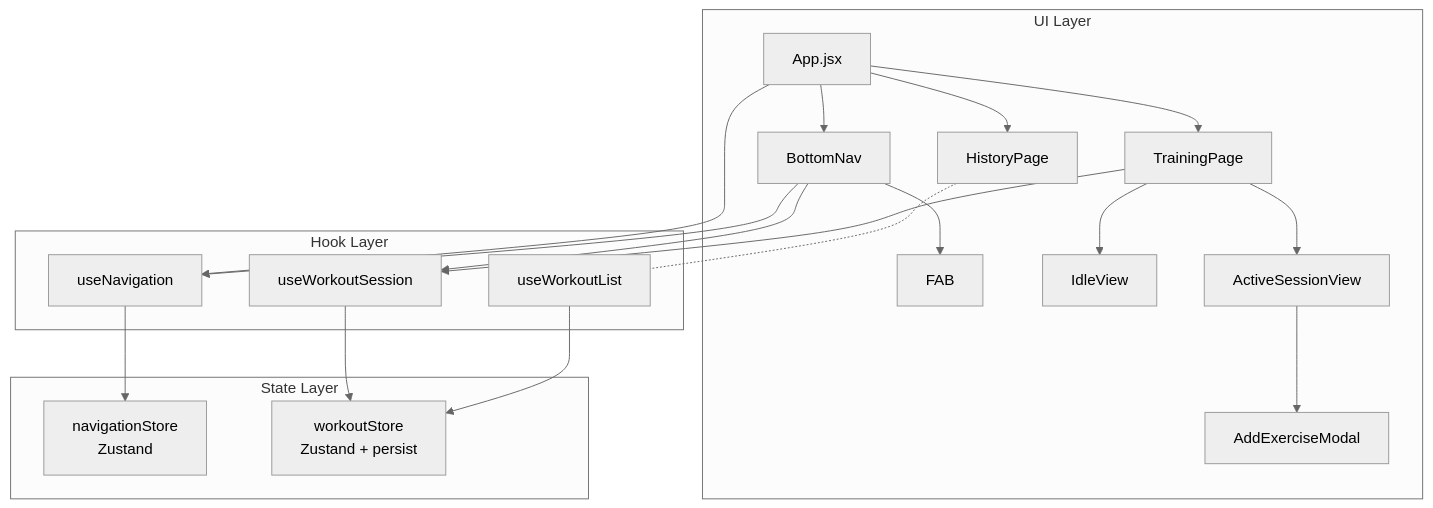
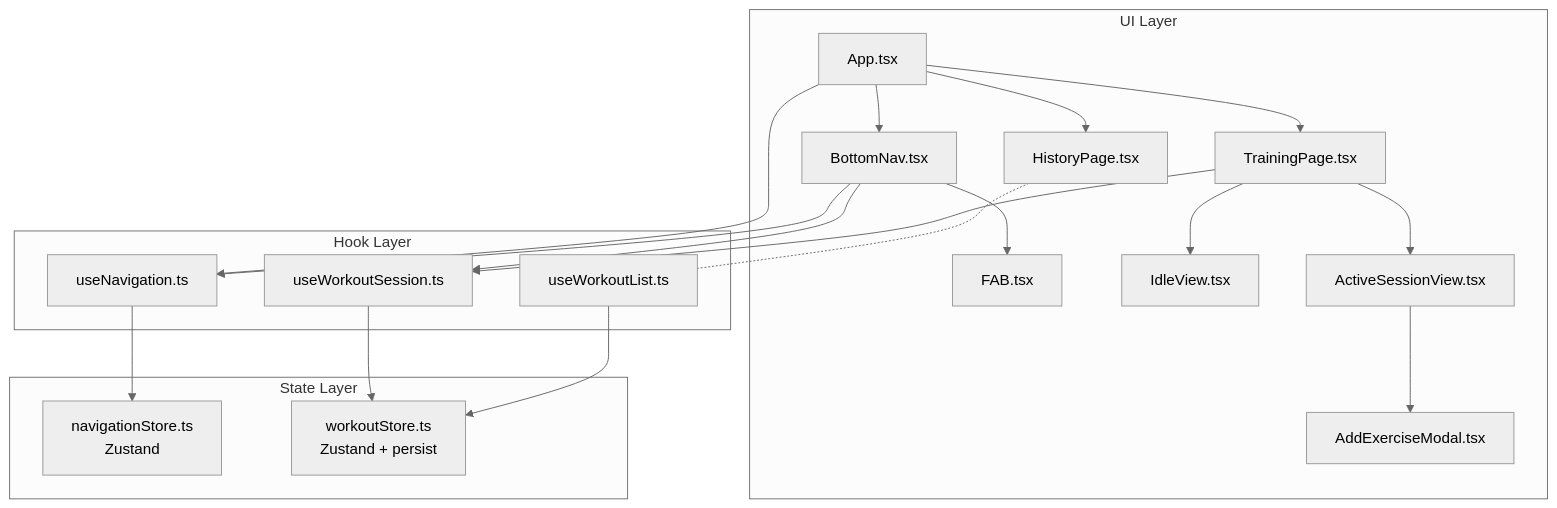
The diagram in .sdd/specification/navigation_design.md (SakumaTakuya/gymini), drawn with Mermaid (neutral theme) before and after one commit. The commit also changed other lines of this file and 1 other file, not shown here.

First line of the commit message:
Update navigation spec/design docs for TypeScript migration and CONSTITUTION compliance

````diff
--- a/.sdd/specification/navigation_design.md
+++ b/.sdd/specification/navigation_design.md
@@ -66,44 +68,44 @@
 ```mermaid
 graph TD
     subgraph "UI Layer"
-        App[App.jsx]
-        TP[TrainingPage]
-        HP[HistoryPage]
-        BN[BottomNav]
-        FAB_C[FAB]
-        IV[IdleView]
-        ASV[ActiveSessionView]
-        AEM[AddExerciseModal]
+        App[App.tsx]
+        TP[TrainingPage.tsx]
+        HP[HistoryPage.tsx]
+        BN[BottomNav.tsx]
+        FAB_C[FAB.tsx]
+        IV[IdleView.tsx]
+        ASV[ActiveSessionView.tsx]
+        AEM[AddExerciseModal.tsx]
     end
 
     subgraph "Hook Layer"
-        UN[useNavigation]
-        HWS[useWorkoutSession]
-        HWL[useWorkoutList]
+        UN[useNavigation.ts]
+        HWS[useWorkoutSession.ts]
+        HWL[useWorkoutList.ts]
     end
 
     subgraph "State Layer"
-        NS[navigationStore<br/>Zustand]
-        WS[workoutStore<br/>Zustand + persist]
+        NS[navigationStore.ts<br/>Zustand]
+        WS[workoutStore.ts<br/>Zustand + persist]
     end
 
     App --> UN
     App --> TP
     App --> HP
     App --> BN
 
     BN --> UN
     BN --> FAB_C
     BN --> HWS
 
     TP --> HWS
     TP --> IV
     TP --> ASV
     ASV --> AEM
 
     HP -.- HWL
 
     UN --> NS
     HWS --> WS
     HWL --> WS
 ```
````
